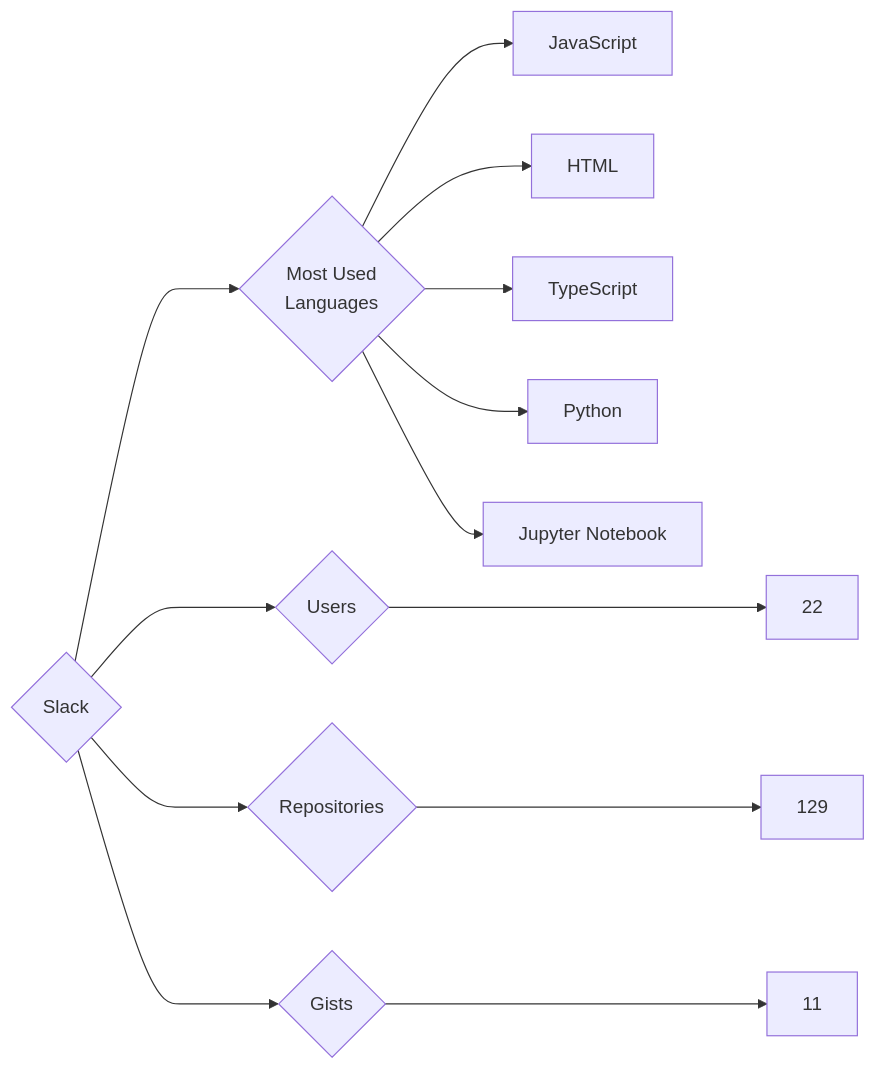
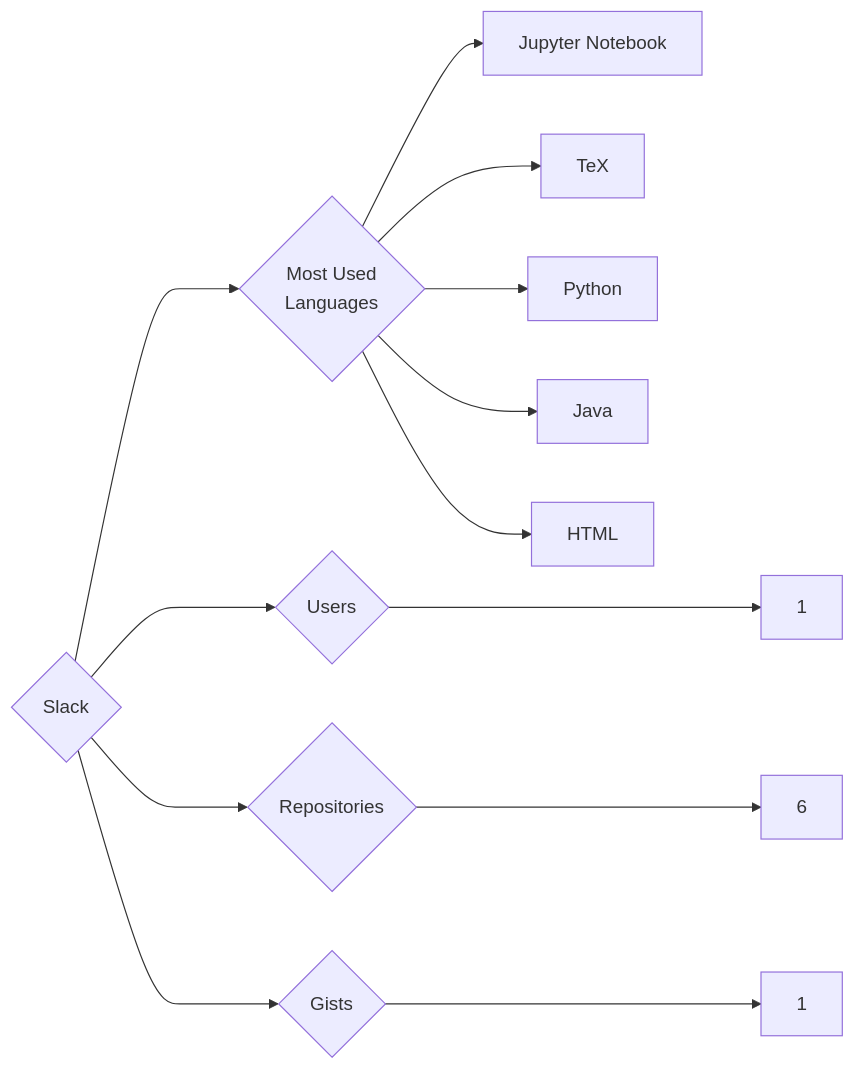
One commit to trickest/insiders changed the diagram in targets/Slack/README.md. Above: the diagram before and after it, drawn with Mermaid. The commit also changed 955 other files, not shown here.

````diff
--- a/targets/Slack/README.md
+++ b/targets/Slack/README.md
@@ -3,13 +3,13 @@
 ```mermaid
 graph LR
 COMPANY_NAME{Slack}
-COMPANY_NAME ---> U{Users} ---> UN[22]
-COMPANY_NAME ---> R{Repositories} ---> RN[129]
-COMPANY_NAME ---> G{Gists} ---> GN[11]
+COMPANY_NAME ---> U{Users} ---> UN[1]
+COMPANY_NAME ---> R{Repositories} ---> RN[6]
+COMPANY_NAME ---> G{Gists} ---> GN[1]
 COMPANY_NAME ---> ML{Most Used<br>Languages}
-ML --> JavaScript[JavaScript]
+ML --> Jupyter_Notebook[Jupyter Notebook]
+ML --> TeX[TeX]
+ML --> Python[Python]
+ML --> Java[Java]
 ML --> HTML[HTML]
-ML --> TypeScript[TypeScript]
-ML --> Python[Python]
-ML --> Jupyter_Notebook[Jupyter Notebook]
 ```
````
